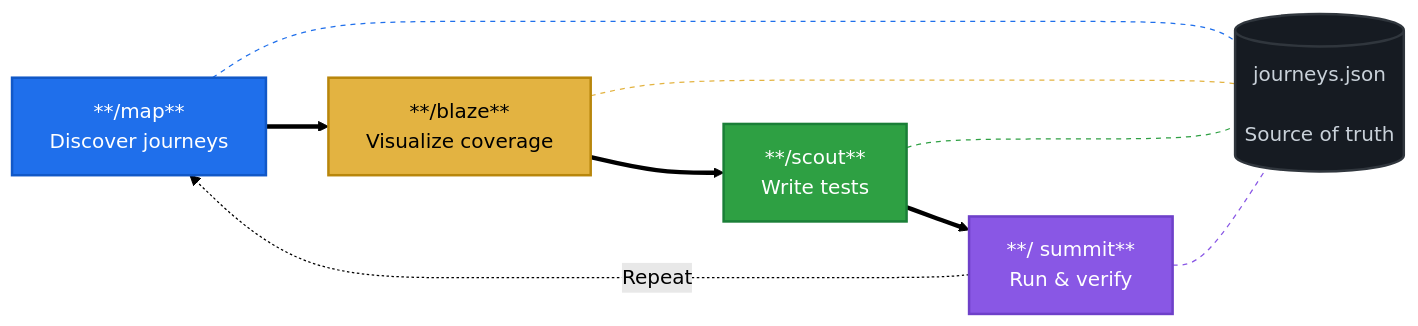
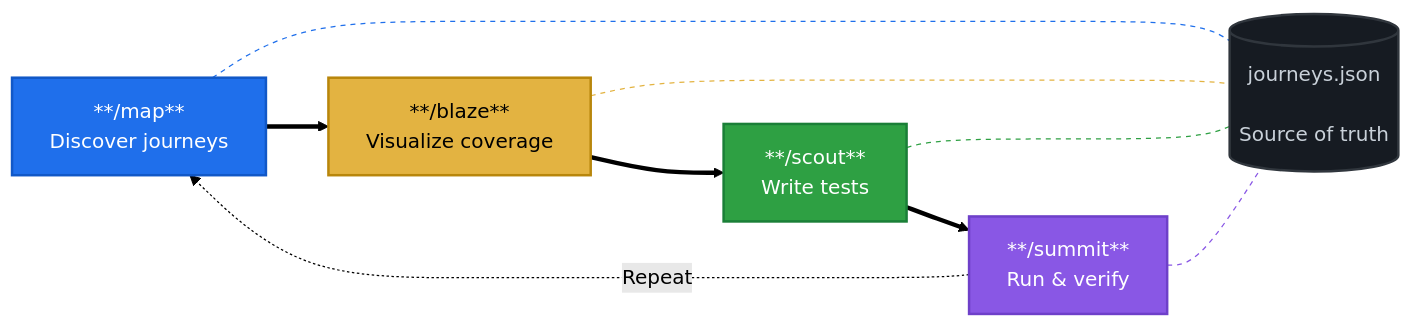
The first of 4 diagrams in README.md (srpadrono/Pathfinder), drawn with Mermaid (forest theme) before and after one commit. The commit also changed other lines of this file and 75 other files, not shown here.

````diff
--- a/README.md
+++ b/README.md
@@ -78,27 +79,27 @@
 ```mermaid
 flowchart LR
     MAP["**/map**\nDiscover journeys"]
     BLAZE["**/blaze**\nVisualize coverage"]
     SCOUT["**/scout**\nWrite tests"]
-    SUMMIT["**/ summit**\nRun & verify"]
+    SUMMIT["**/summit**\nRun & verify"]
     J[("journeys.json\n\nSource of truth")]
 
     MAP ==> BLAZE ==> SCOUT ==> SUMMIT
     SUMMIT -.->|"Repeat"| MAP
 
     MAP --- J
     BLAZE --- J
     SCOUT --- J
     SUMMIT --- J
 
     style MAP fill:#1f6feb,stroke:#1158c7,color:#fff,stroke-width:2px
     style BLAZE fill:#e3b341,stroke:#b8860b,color:#000,stroke-width:2px
     style SCOUT fill:#2ea043,stroke:#1a7f37,color:#fff,stroke-width:2px
     style SUMMIT fill:#8957e5,stroke:#6e40c9,color:#fff,stroke-width:2px
     style J fill:#161b22,stroke:#30363d,color:#c9d1d9,stroke-width:2px
 
     linkStyle 4 stroke:#1f6feb,stroke-width:1px,stroke-dasharray:4
     linkStyle 5 stroke:#e3b341,stroke-width:1px,stroke-dasharray:4
     linkStyle 6 stroke:#2ea043,stroke-width:1px,stroke-dasharray:4
     linkStyle 7 stroke:#8957e5,stroke-width:1px,stroke-dasharray:4
 ```
````
